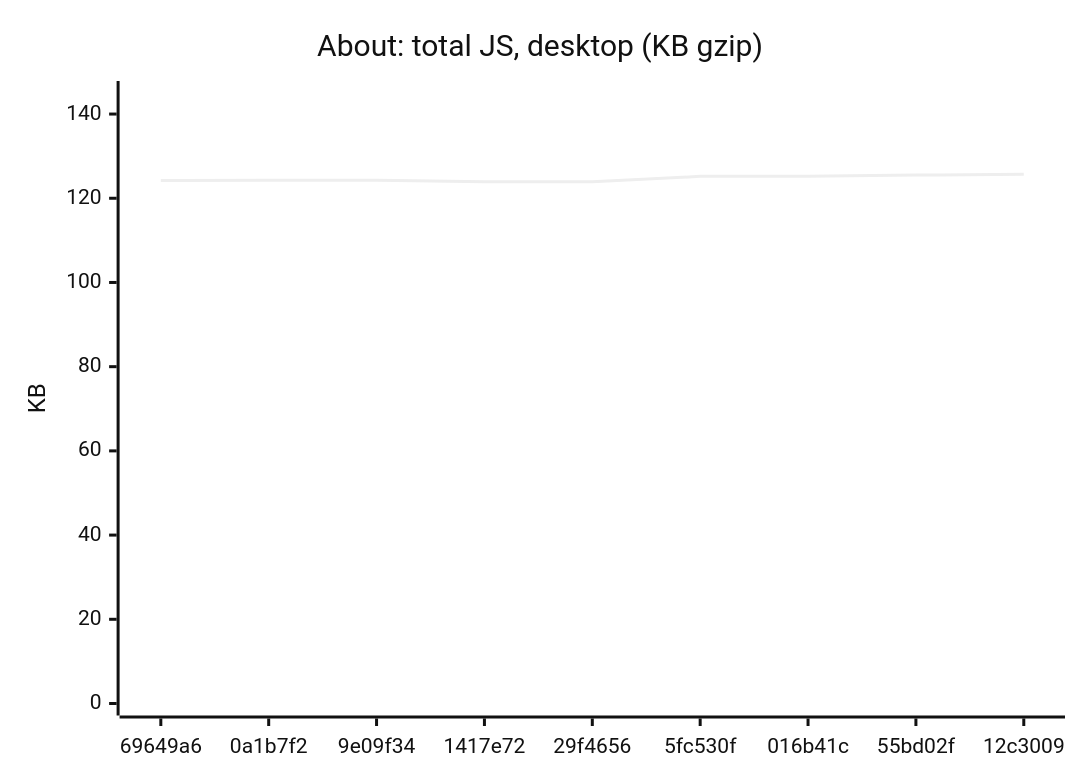
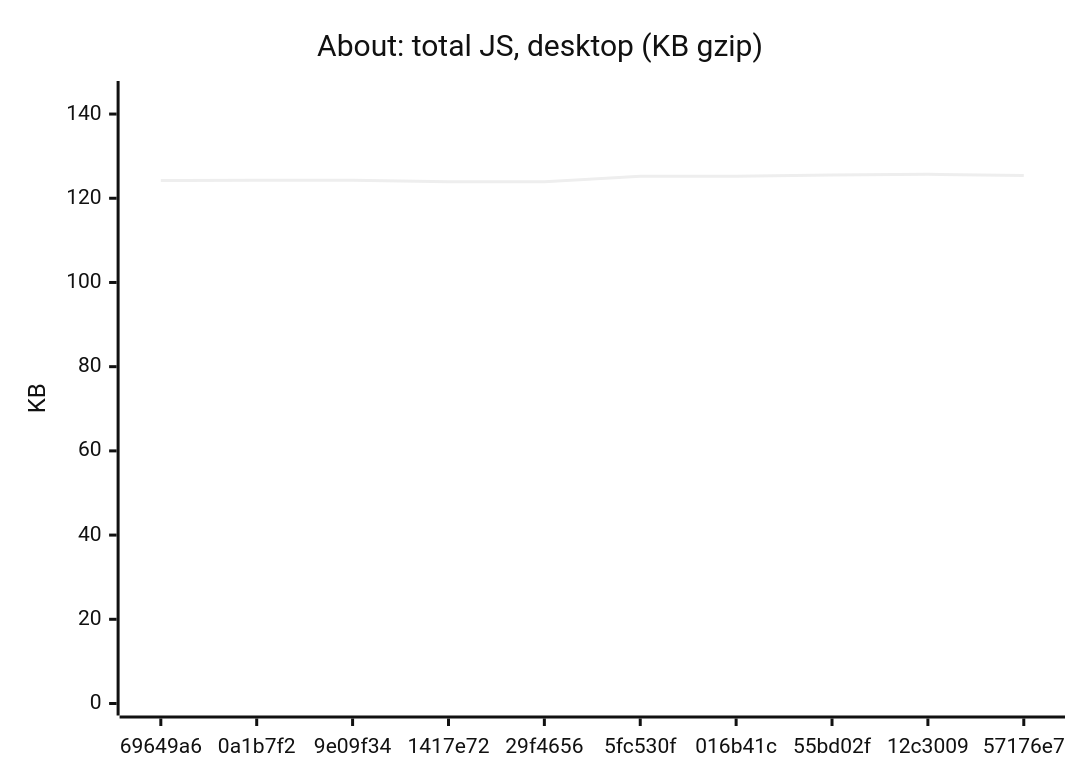
Before and after one commit to AxelUser/maltsev.space: the fifth of 18 diagrams in README.md, drawn with Mermaid (neutral theme). The commit also changed other lines of this file and 1 other file, not shown here.

````diff
--- a/README.md
+++ b/README.md
@@ -71,7 +71,7 @@
 ```mermaid
 xychart-beta
   title "About: total JS, desktop (KB gzip)"
-  x-axis ["69649a6", "0a1b7f2", "9e09f34", "1417e72", "29f4656", "5fc530f", "016b41c", "55bd02f", "12c3009"]
+  x-axis ["69649a6", "0a1b7f2", "9e09f34", "1417e72", "29f4656", "5fc530f", "016b41c", "55bd02f", "12c3009", "57176e7"]
   y-axis "KB" 0 --> 145
-  line [124.2, 124.3, 124.3, 123.9, 123.9, 125.2, 125.2, 125.5, 125.7]
+  line [124.2, 124.3, 124.3, 123.9, 123.9, 125.2, 125.2, 125.5, 125.7, 125.4]
 ```
````
